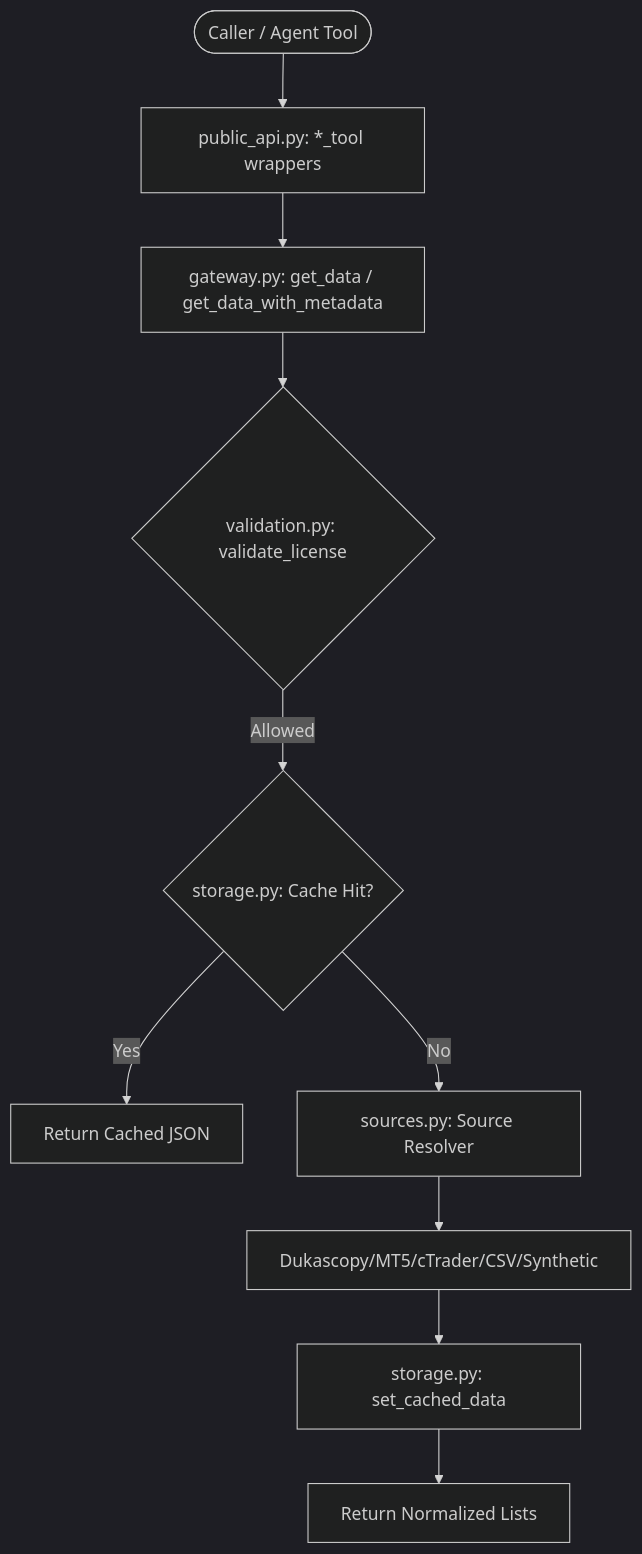
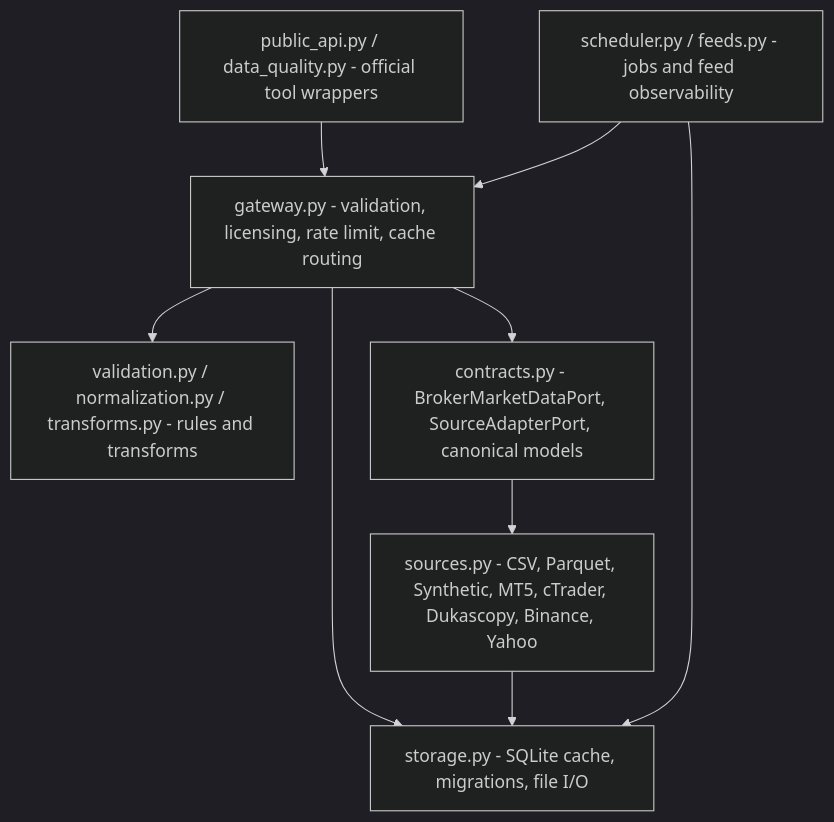
One commit to haruperi/HaruQuantAI changed the second of 11 diagrams in app/services/data/README.md. Above: the diagram before and after it, drawn with Mermaid (dark theme). The commit also changed other lines of this file and 465 other files, not shown here.

````diff
--- a/app/services/data/README.md
+++ b/app/services/data/README.md
@@ -48,12 +112,19 @@
 ```mermaid
-graph TD
-    User([Caller / Agent Tool]) --> PublicAPI[public_api.py: *_tool wrappers]
-    PublicAPI --> Gateway[gateway.py: get_data / get_data_with_metadata]
-    Gateway --> LicenseCheck{validation.py: validate_license}
-    LicenseCheck -- Allowed --> CacheCheck{storage.py: Cache Hit?}
-    CacheCheck -- Yes --> ReturnCache[Return Cached JSON]
-    CacheCheck -- No --> Adapter[sources.py: Source Resolver]
-    Adapter --> SourceFetch[Dukascopy/MT5/cTrader/CSV/Synthetic]
-    SourceFetch --> SaveCache[storage.py: set_cached_data]
-    SaveCache --> ReturnData[Return Normalized Lists]
+flowchart TD
+    API[public_api.py / data_quality.py - official tool wrappers]
+    APP[gateway.py - validation, licensing, rate limit, cache routing]
+    LOGIC[validation.py / normalization.py / transforms.py - rules and transforms]
+    PORTS[contracts.py - BrokerMarketDataPort, SourceAdapterPort, canonical models]
+    ADAPTERS[sources.py - CSV, Parquet, Synthetic, MT5, cTrader, Dukascopy, Binance, Yahoo]
+    STORE[storage.py - SQLite cache, migrations, file I/O]
+    JOBS[scheduler.py / feeds.py - jobs and feed observability]
+
+    API --> APP
+    APP --> LOGIC
+    APP --> PORTS
+    PORTS --> ADAPTERS
+    APP --> STORE
+    ADAPTERS --> STORE
+    JOBS --> APP
+    JOBS --> STORE
 ```
````
